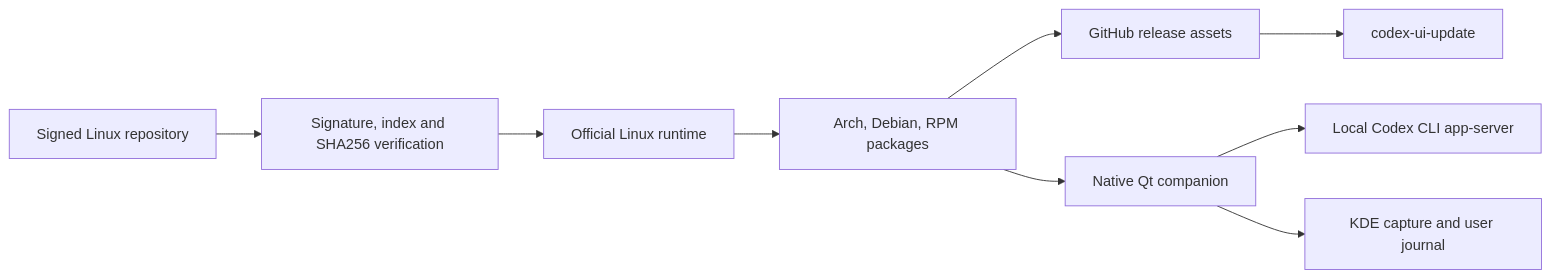
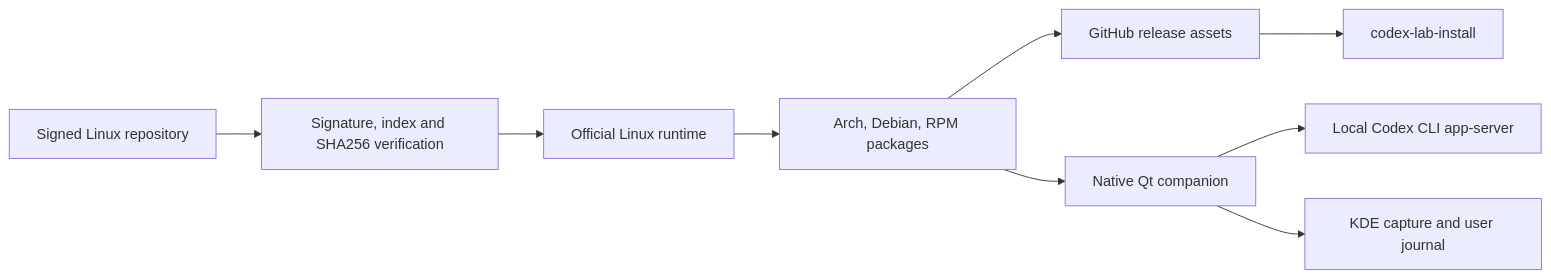
The diagram in arquitectura.md (0xCyberBerserker/codex-id-lab-unofficial), drawn with Mermaid before and after one commit. The commit also changed other lines of this file and 35 other files, not shown here.

Commit message:
feat: rename project and commands to codex-lab

````diff
--- a/arquitectura.md
+++ b/arquitectura.md
@@ -7,11 +7,11 @@
 ```mermaid
 flowchart LR
     repository["Signed Linux repository"] --> verify["Signature, index and SHA256 verification"]
     verify --> source["Official Linux runtime"]
     source --> packages["Arch, Debian, RPM packages"]
     packages --> release["GitHub release assets"]
-    release --> updater["codex-ui-update"]
+    release --> updater["codex-lab-install"]
     packages --> companion["Native Qt companion"]
     companion --> cli["Local Codex CLI app-server"]
     companion --> desktop["KDE capture and user journal"]
 ```
````
